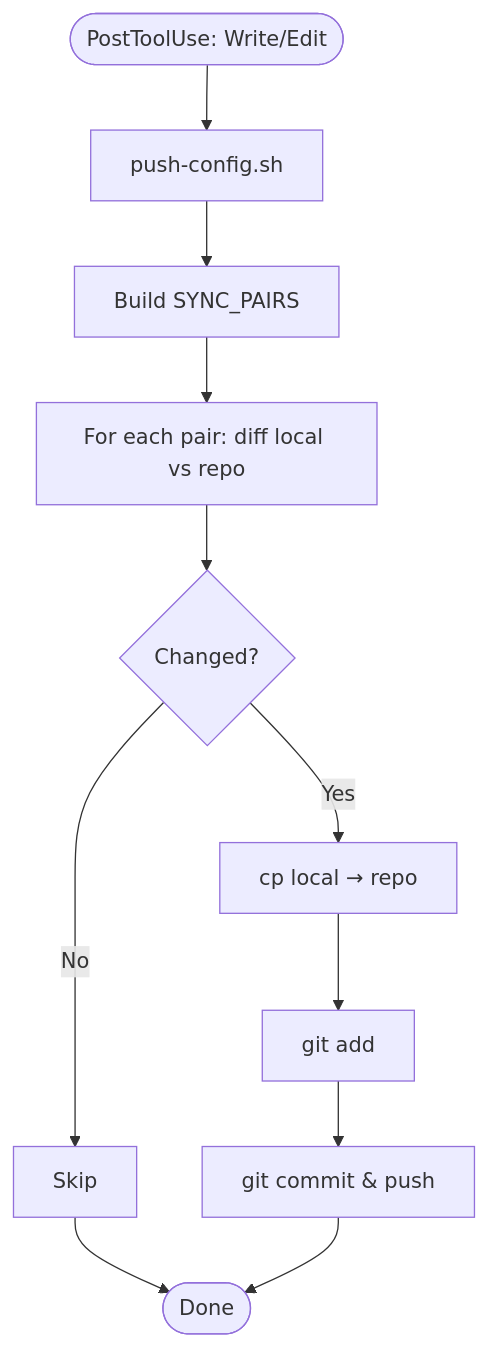
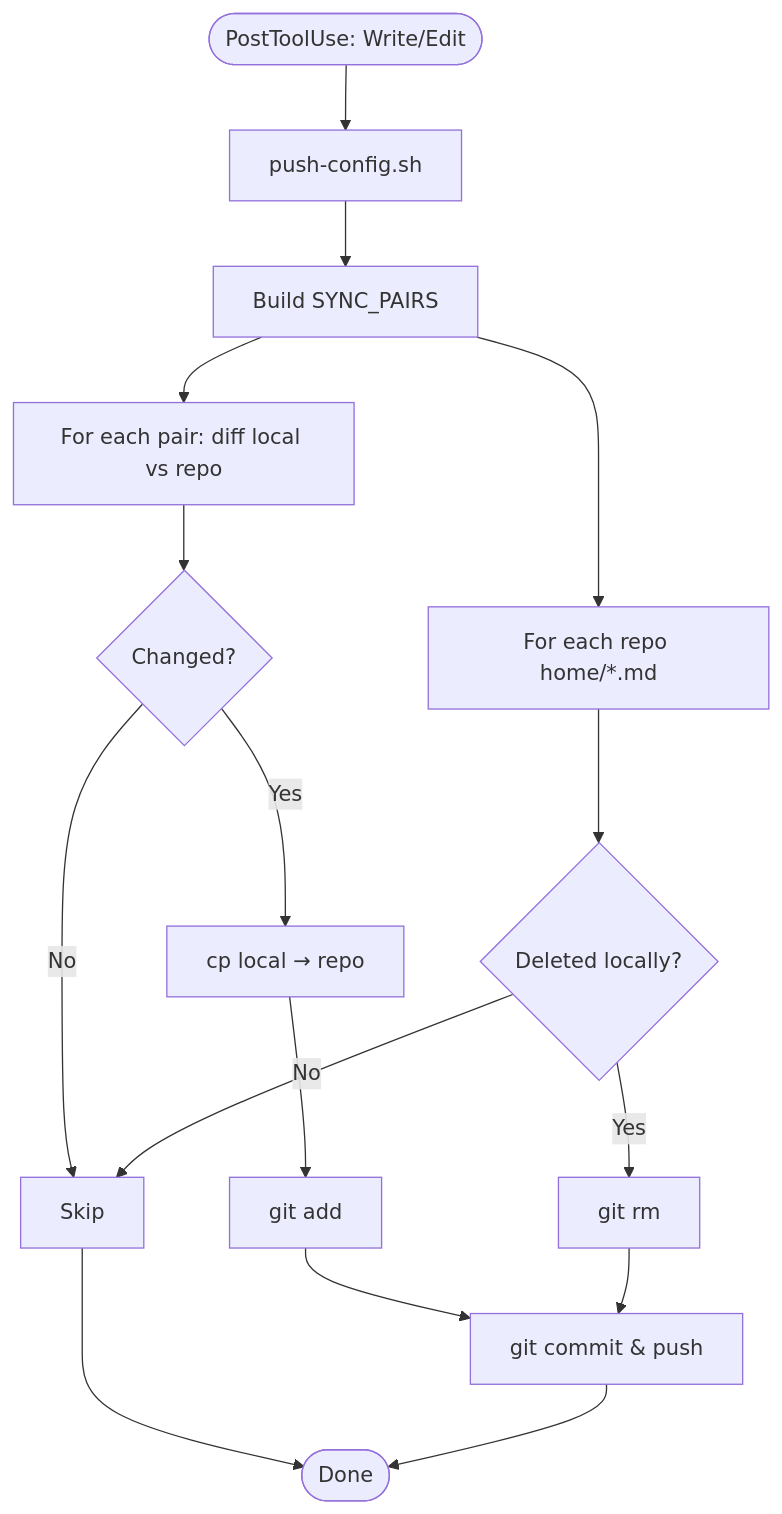
One commit to WoojinAhn/claude-config changed the third of 4 diagrams in README.md. Above: the diagram before and after it, drawn with Mermaid. The commit also changed other lines of this file and 3 other files, not shown here.

````diff
--- a/README.md
+++ b/README.md
@@ -93,13 +93,18 @@
 ```mermaid
 flowchart TD
     A([PostToolUse: Write/Edit]) --> B[push-config.sh]
     B --> C[Build SYNC_PAIRS]
     C --> D[For each pair: diff local vs repo]
     D --> E{Changed?}
     E -- Yes --> F[cp local → repo]
     F --> G[git add]
     E -- No --> H[Skip]
+    C --> D2[For each repo home/*.md]
+    D2 --> E2{Deleted locally?}
+    E2 -- Yes --> F2[git rm]
+    E2 -- No --> H
     G --> I[git commit & push]
+    F2 --> I
     H --> J([Done])
     I --> J
 ```
````
